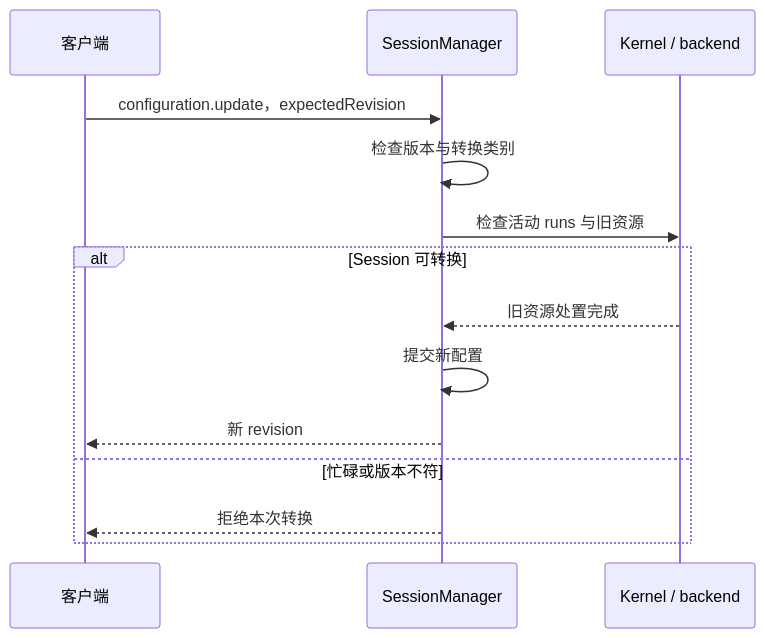
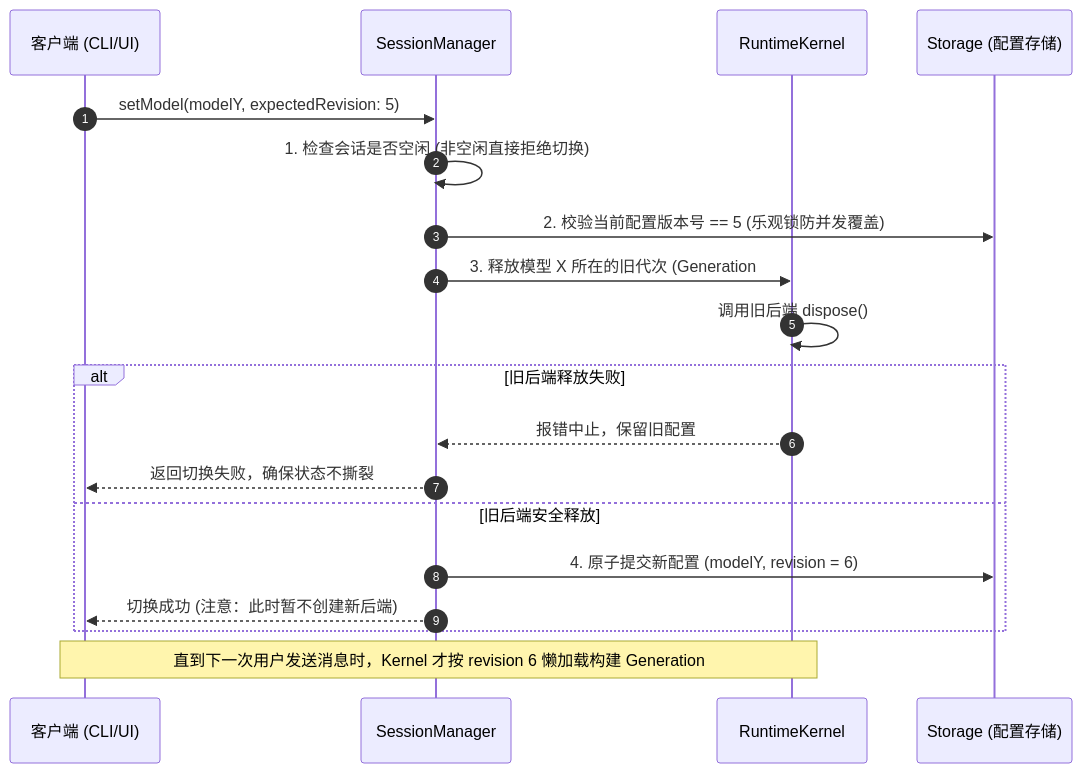
One commit to suger-m/agent-infrastructure-docs changed the second of 2 diagrams in maka-agent-infra/01-runtime/provider-configuration.md. Above: the diagram before and after it, drawn with Mermaid. The commit also changed other lines of this file and 26 other files, not shown here.

````diff
--- a/maka-agent-infra/01-runtime/provider-configuration.md
+++ b/maka-agent-infra/01-runtime/provider-configuration.md
@@ -87,16 +66,24 @@
 ```mermaid
 sequenceDiagram
-    participant C as 客户端
-    participant S as SessionManager
-    participant K as Kernel / backend
-    C->>S: configuration.update，expectedRevision
-    S->>S: 检查版本与转换类别
-    S->>K: 检查活动 runs 与旧资源
-    alt Session 可转换
-        K-->>S: 旧资源处置完成
-        S->>S: 提交新配置
-        S-->>C: 新 revision
-    else 忙碌或版本不符
-        S-->>C: 拒绝本次转换
+    autonumber
+    participant CLI as 客户端 (CLI/UI)
+    participant SM as SessionManager
+    participant Kernel as RuntimeKernel
+    participant Store as Storage (配置存储)
+
+    CLI->>SM: setModel(modelY, expectedRevision: 5)
+    SM->>SM: 1. 检查会话是否空闲 (非空闲直接拒绝切换)
+    SM->>Store: 2. 校验当前配置版本号 == 5 (乐观锁防并发覆盖)
+    SM->>Kernel: 3. 释放模型 X 所在的旧代次 (Generation #1)
+    Kernel->>Kernel: 调用旧后端 dispose()
+    
+    alt 旧后端释放失败
+        Kernel-->>SM: 报错中止，保留旧配置
+        SM-->>CLI: 返回切换失败，确保状态不撕裂
+    else 旧后端安全释放
+        SM->>Store: 4. 原子提交新配置 (modelY, revision = 6)
+        SM-->>CLI: 切换成功 (注意：此时暂不创建新后端)
     end
+    
+    Note over CLI,Kernel: 直到下一次用户发送消息时，Kernel 才按 revision 6 懒加载构建 Generation #2
 ```
````
